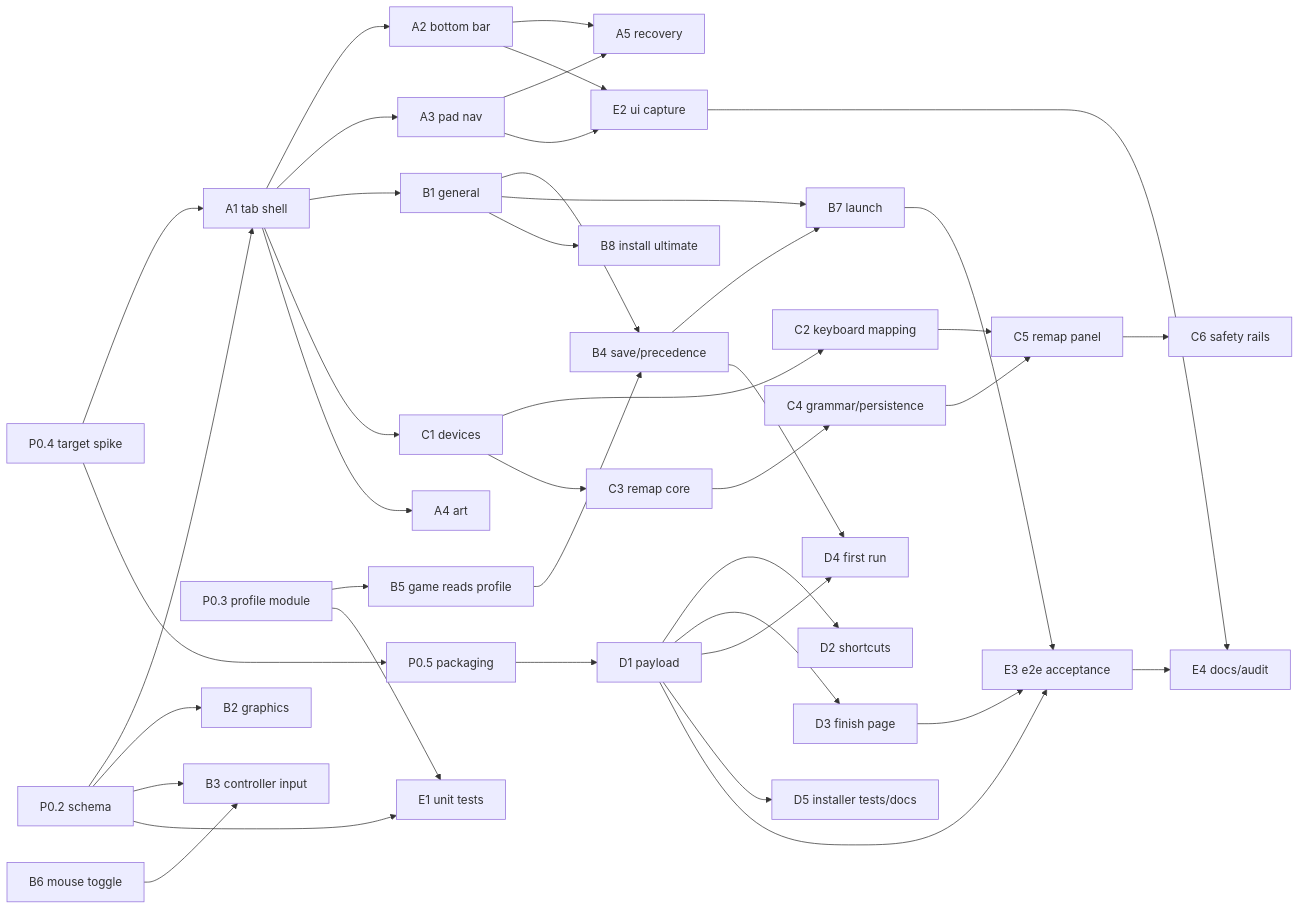
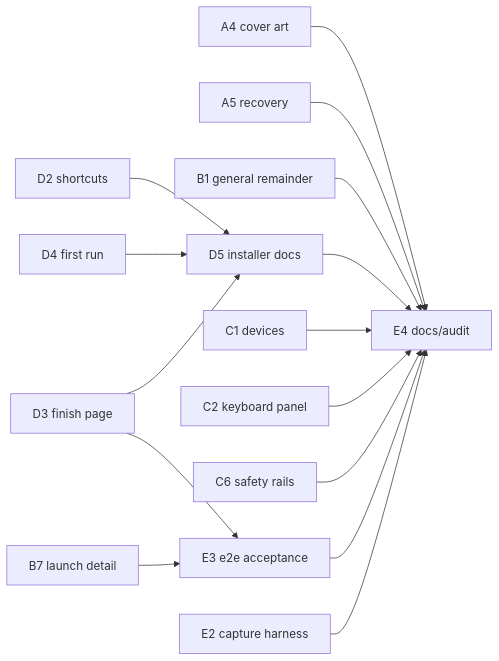
Before and after one commit to gabrielofavero/rb-blitz-xenon-recomp: the diagram in docs/plans/launcher-plan.md, drawn with Mermaid. The commit also changed other lines of this file and 23 other files, not shown here.

First line of the commit message:
Implement virtual pad support and enhance shell functionality

````diff
--- a/docs/plans/launcher-plan.md
+++ b/docs/plans/launcher-plan.md
@@ -1325,43 +1137,23 @@
 ```mermaid
 graph LR
-  P02[P0.2 schema] --> A1[A1 tab shell]
-  P04[P0.4 target spike] --> A1
-  P03[P0.3 profile module] --> B5[B5 game reads profile]
-  P02 --> B2[B2 graphics]
-  P02 --> B3[B3 controller input]
-  B6[B6 mouse toggle] --> B3
-  A1 --> A2[A2 bottom bar]
-  A1 --> A3[A3 pad nav]
-  A1 --> B1[B1 general]
-  A1 --> C1[C1 devices]
-  A1 --> A4[A4 art]
-  B1 --> B4[B4 save/precedence]
-  B5 --> B4
-  B4 --> B7[B7 launch]
-  B1 --> B7
-  B1 --> B8[B8 install ultimate]
-  A2 --> A5[A5 recovery]
-  A3 --> A5
-  C1 --> C2[C2 keyboard mapping]
-  C1 --> C3[C3 remap core]
-  C3 --> C4[C4 grammar/persistence]
-  C2 --> C5[C5 remap panel]
-  C4 --> C5
-  C5 --> C6[C6 safety rails]
-  P05[P0.5 packaging] --> D1[D1 payload]
-  P04 --> P05
-  D1 --> D2[D2 shortcuts]
-  D1 --> D3[D3 finish page]
-  D1 --> D4[D4 first run]
-  B4 --> D4
-  D1 --> D5[D5 installer tests/docs]
-  P02 --> E1[E1 unit tests]
-  P03 --> E1
-  B7 --> E3[E3 e2e acceptance]
-  D1 --> E3
+  A4[A4 cover art]
+  A5[A5 recovery]
+  B1[B1 general remainder]
+  B7[B7 launch detail] --> E3[E3 e2e acceptance]
+  C1[C1 devices]
+  C2[C2 keyboard panel]
+  C6[C6 safety rails]
+  D2[D2 shortcuts] --> D5[D5 installer docs]
+  D3[D3 finish page] --> D5
+  D4[D4 first run] --> D5
   D3 --> E3
-  A3 --> E2[E2 ui capture]
-  A2 --> E2
-  E3 --> E4[E4 docs/audit]
-  E2 --> E4
+  A4 --> E4[E4 docs/audit]
+  A5 --> E4
+  B1 --> E4
+  C1 --> E4
+  C2 --> E4
+  C6 --> E4
+  D5 --> E4
+  E2[E2 capture harness] --> E4
+  E3 --> E4
 ```
````
